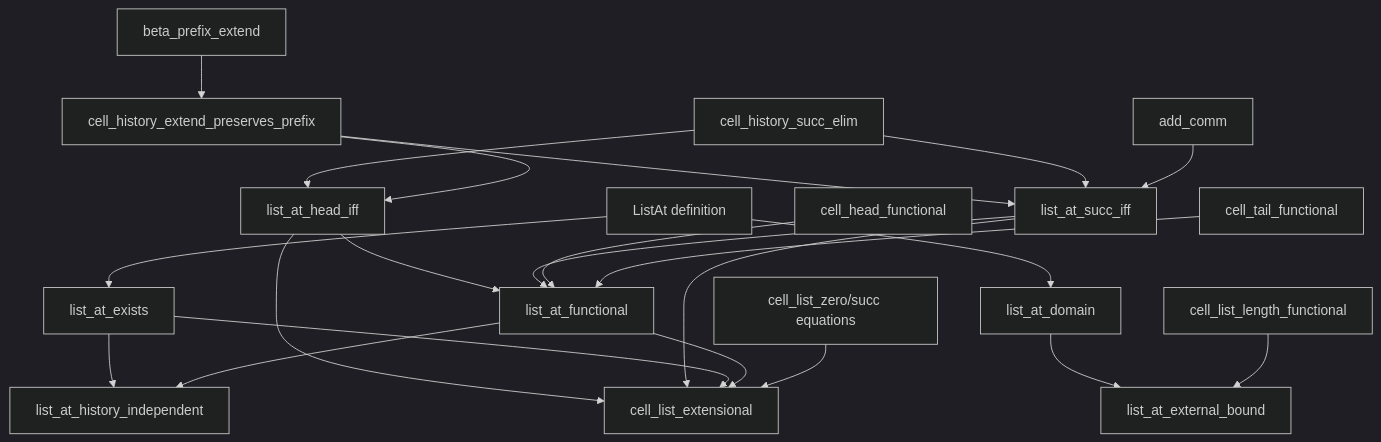
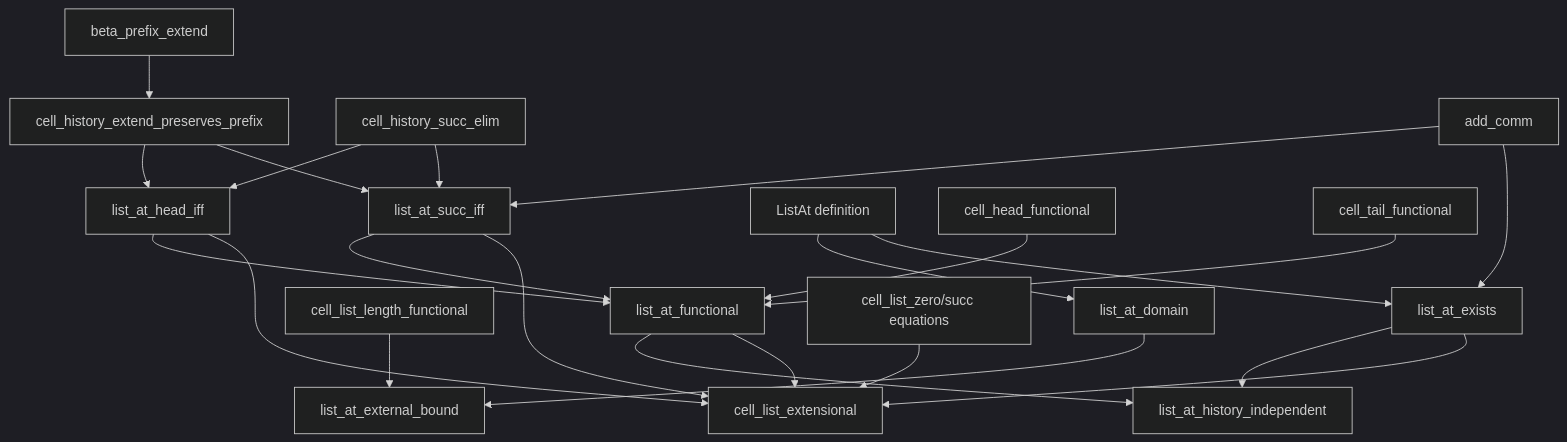
Before and after one commit to nasqret/vietnam2026: the diagram in research/arithmetic-library/ha-cell-list-lookup-rfc-v1.md, drawn with Mermaid (dark theme). The commit also changed other lines of this file and 14 other files, not shown here.

````diff
--- a/research/arithmetic-library/ha-cell-list-lookup-rfc-v1.md
+++ b/research/arithmetic-library/ha-cell-list-lookup-rfc-v1.md
@@ -253,28 +253,29 @@
 ```mermaid
 flowchart TD
   BPE[beta_prefix_extend] --> PRES[cell_history_extend_preserves_prefix]
   CHE[cell_history_succ_elim] --> HEAD[list_at_head_iff]
   PRES --> HEAD
   PRES --> SUCC[list_at_succ_iff]
   CHE --> SUCC
   AC[add_comm] --> SUCC
 
   DEF[ListAt definition] --> DOM[list_at_domain]
   DOM --> BOUND[list_at_external_bound]
   LEN[cell_list_length_functional] --> BOUND
   DEF --> EXISTS[list_at_exists]
+  AC --> EXISTS
 
   HEAD --> FUNC[list_at_functional]
   SUCC --> FUNC
   CHF[cell_head_functional] --> FUNC
   CTF[cell_tail_functional] --> FUNC
 
   EXISTS --> INDEP[list_at_history_independent]
   FUNC --> INDEP
 
   HEAD --> EXT[cell_list_extensional]
   SUCC --> EXT
   EXISTS --> EXT
   FUNC --> EXT
   EQNS[cell_list_zero/succ equations] --> EXT
 ```
````
